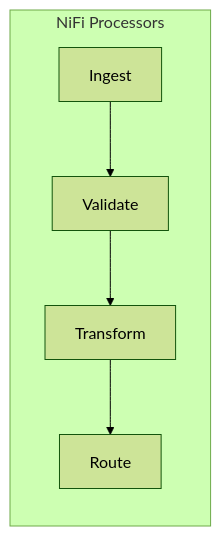
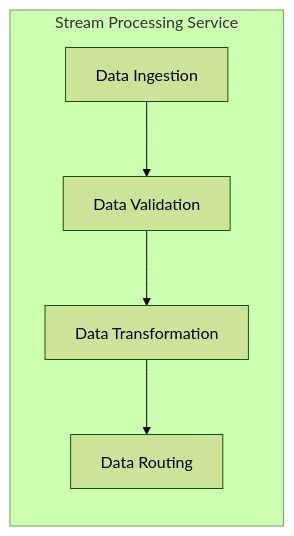
One commit to flamingo-stack/openframe-oss-tenant changed the third of 10 diagrams in docs/docs/development/architecture/data-flow.md. Above: the diagram before and after it, drawn with Mermaid (forest theme). The commit also changed other lines of this file and 7 other files, not shown here.

First line of the commit message:
Update architecture diagrams and remove outdated NiFi references

````diff
--- a/docs/docs/development/architecture/data-flow.md
+++ b/docs/docs/development/architecture/data-flow.md
@@ -97,14 +99,14 @@
 ```mermaid
 graph TB
-    subgraph "NiFi Processors"
+    subgraph "Stream Processing Service"
         direction TB
-        INGEST[Ingest]
-        VALIDATE[Validate]
-        TRANSFORM[Transform]
-        ROUTE[Route]
+        INGEST[Data Ingestion]
+        VALIDATE[Data Validation]
+        TRANSFORM[Data Transformation]
+        ROUTE[Data Routing]
     end
 
     INGEST --> VALIDATE
     VALIDATE --> TRANSFORM
     TRANSFORM --> ROUTE
 ```
````
